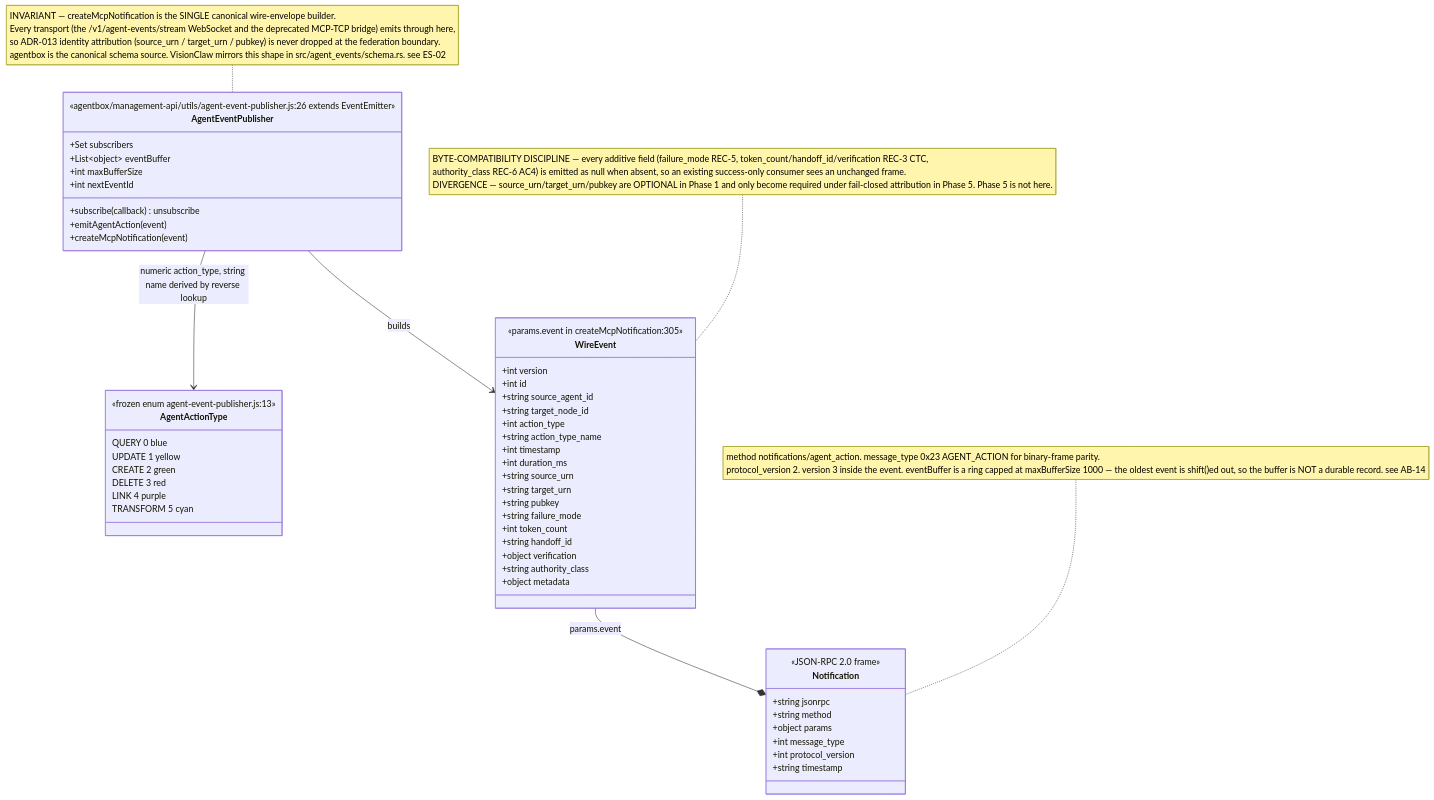
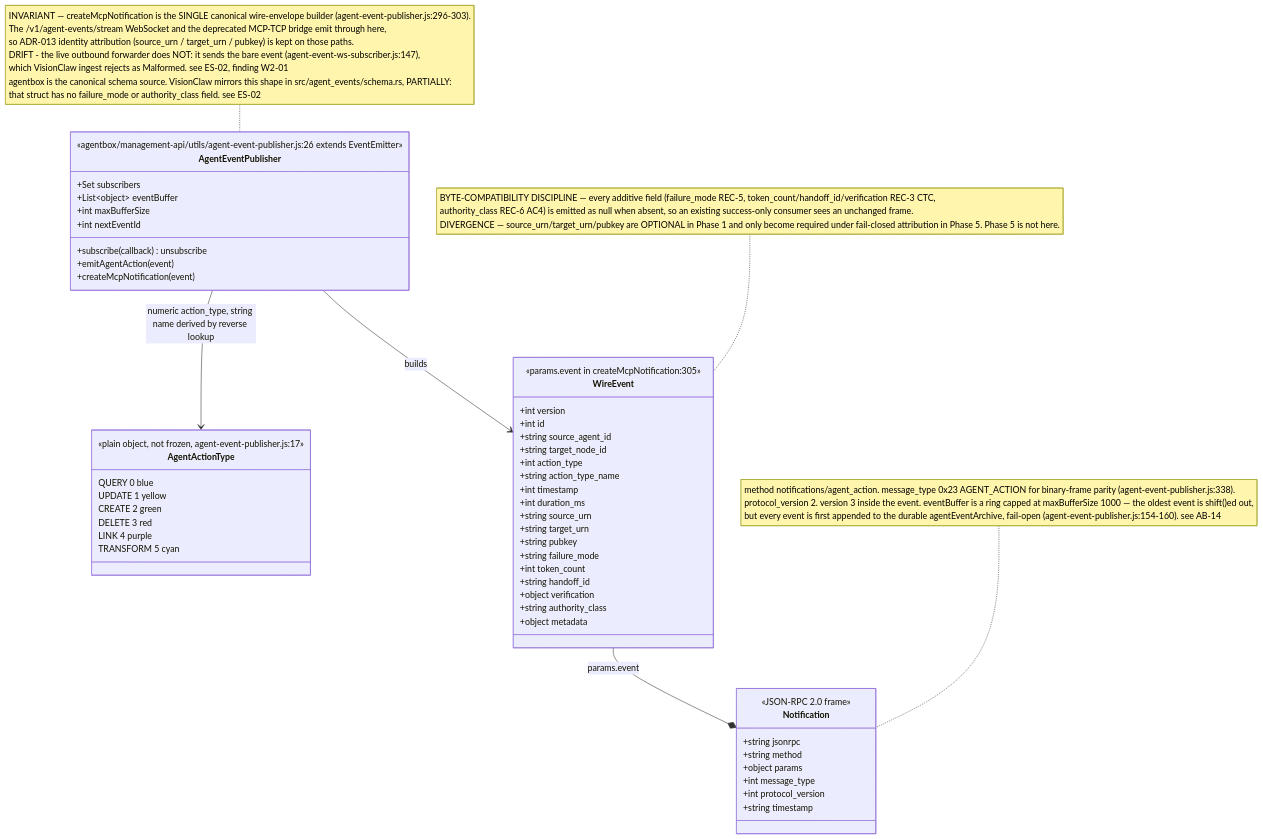
The first of 8 diagrams in docs/diagrams/agentbox/17-agent-events-and-provenance-bridge.md (DreamLab-AI/VisionFlow), drawn with Mermaid before and after one commit. The commit also changed other lines of this file and 173 other files, not shown here.

First line of the commit message:
docs(audit): estate audit wave 3, agentbox and VisionClaw; ledger complete

````diff
--- a/docs/diagrams/agentbox/17-agent-events-and-provenance-bridge.md
+++ b/docs/diagrams/agentbox/17-agent-events-and-provenance-bridge.md
@@ -27,57 +30,57 @@
 ```mermaid
 classDiagram
     class AgentEventPublisher {
         <<agentbox/management-api/utils/agent-event-publisher.js:26 extends EventEmitter>>
         +Set subscribers
         +List~object~ eventBuffer
         +int maxBufferSize
         +int nextEventId
         +subscribe(callback) unsubscribe
         +emitAgentAction(event)
         +createMcpNotification(event)
     }
     class AgentActionType {
-        <<frozen enum agent-event-publisher.js:13>>
+        <<plain object, not frozen, agent-event-publisher.js:17>>
         QUERY 0 blue
         UPDATE 1 yellow
         CREATE 2 green
         DELETE 3 red
         LINK 4 purple
         TRANSFORM 5 cyan
     }
     class WireEvent {
         <<params.event in createMcpNotification:305>>
         +int version
         +int id
         +string source_agent_id
         +string target_node_id
         +int action_type
         +string action_type_name
         +int timestamp
         +int duration_ms
         +string source_urn
         +string target_urn
         +string pubkey
         +string failure_mode
         +int token_count
         +string handoff_id
         +object verification
         +string authority_class
         +object metadata
     }
     class Notification {
         <<JSON-RPC 2.0 frame>>
         +string jsonrpc
         +string method
         +object params
         +int message_type
         +int protocol_version
         +string timestamp
     }
     AgentEventPublisher --> AgentActionType : numeric action_type, string name derived by reverse lookup
     AgentEventPublisher --> WireEvent : builds
     WireEvent --* Notification : params.event
-    note for AgentEventPublisher "INVARIANT — createMcpNotification is the SINGLE canonical wire-envelope builder.<br/>Every transport (the /v1/agent-events/stream WebSocket and the deprecated MCP-TCP bridge) emits through here,<br/>so ADR-013 identity attribution (source_urn / target_urn / pubkey) is never dropped at the federation boundary.<br/>agentbox is the canonical schema source. VisionClaw mirrors this shape in src/agent_events/schema.rs. see ES-02"
-    note for Notification "method notifications/agent_action. message_type 0x23 AGENT_ACTION for binary-frame parity.<br/>protocol_version 2. version 3 inside the event. eventBuffer is a ring capped at maxBufferSize 1000 — the oldest event is shift()ed out, so the buffer is NOT a durable record. see AB-14"
+    note for AgentEventPublisher "INVARIANT — createMcpNotification is the SINGLE canonical wire-envelope builder (agent-event-publisher.js:296-303).<br/>The /v1/agent-events/stream WebSocket and the deprecated MCP-TCP bridge emit through here,<br/>so ADR-013 identity attribution (source_urn / target_urn / pubkey) is kept on those paths.<br/>DRIFT - the live outbound forwarder does NOT: it sends the bare event (agent-event-ws-subscriber.js:147),<br/>which VisionClaw ingest rejects as Malformed. see ES-02, finding W2-01<br/>agentbox is the canonical schema source. VisionClaw mirrors this shape in src/agent_events/schema.rs, PARTIALLY:<br/>that struct has no failure_mode or authority_class field. see ES-02"
+    note for Notification "method notifications/agent_action. message_type 0x23 AGENT_ACTION for binary-frame parity (agent-event-publisher.js:338).<br/>protocol_version 2. version 3 inside the event. eventBuffer is a ring capped at maxBufferSize 1000 — the oldest event is shift()ed out,<br/>but every event is first appended to the durable agentEventArchive, fail-open (agent-event-publisher.js:154-160). see AB-14"
     note for WireEvent "BYTE-COMPATIBILITY DISCIPLINE — every additive field (failure_mode REC-5, token_count/handoff_id/verification REC-3 CTC,<br/>authority_class REC-6 AC4) is emitted as null when absent, so an existing success-only consumer sees an unchanged frame.<br/>DIVERGENCE — source_urn/target_urn/pubkey are OPTIONAL in Phase 1 and only become required under fail-closed attribution in Phase 5. Phase 5 is not here."
 ```
````
